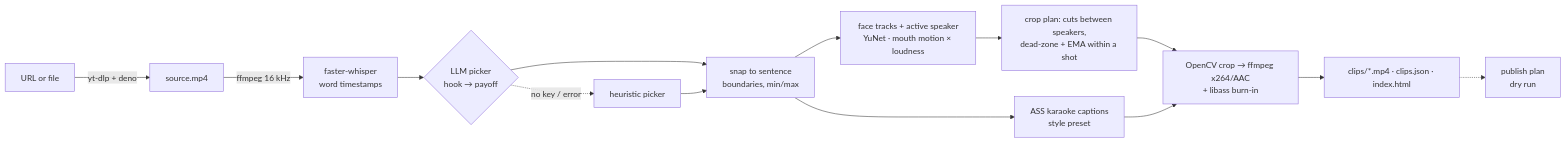
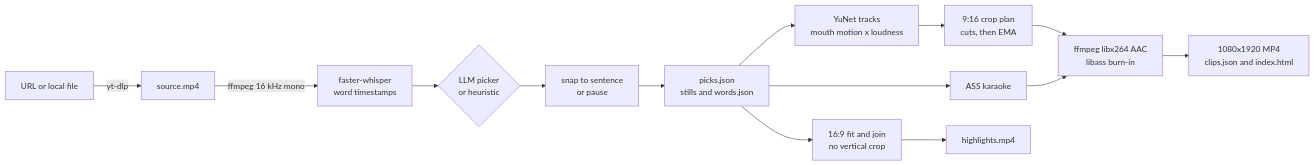
Before and after one commit to mojomast/hermes-shortrizz: the diagram in README.md, drawn with Mermaid. The commit also changed other lines of this file, not shown here.

````diff
--- a/README.md
+++ b/README.md
@@ -281,16 +193,16 @@
 ```mermaid
 flowchart LR
-  A[URL or file] -->|yt-dlp + deno| B[source.mp4]
-  B -->|ffmpeg 16 kHz| C[faster-whisper<br/>word timestamps]
-  C --> D{LLM picker<br/>hook → payoff}
-  D -. no key / error .-> H[heuristic picker]
-  D --> E[snap to sentence<br/>boundaries, min/max]
-  H --> E
-  E --> F[face tracks + active speaker<br/>YuNet · mouth motion × loudness]
-  F --> G[crop plan: cuts between speakers,<br/>dead-zone + EMA within a shot]
-  E --> K[ASS karaoke captions<br/>style preset]
-  G --> R[OpenCV crop → ffmpeg x264/AAC<br/>+ libass burn-in]
+  A[URL or local file] -->|yt-dlp| B[source.mp4]
+  B -->|ffmpeg 16 kHz mono| C[faster-whisper<br/>word timestamps]
+  C --> D{LLM picker<br/>or heuristic}
+  D --> E[snap to sentence<br/>or pause]
+  E --> P[picks.json<br/>stills and words.json]
+  P --> F[YuNet tracks<br/>mouth motion x loudness]
+  F --> G[9:16 crop plan<br/>cuts, then EMA]
+  P --> K[ASS karaoke]
+  G --> R[ffmpeg libx264 AAC<br/>libass burn-in]
   K --> R
-  R --> O[clips/*.mp4 · clips.json · index.html]
-  O -.-> P[publish plan<br/>dry run]
+  R --> O[1080x1920 MP4<br/>clips.json and index.html]
+  P --> H[16:9 fit and join<br/>no vertical crop]
+  H --> Q[highlights.mp4]
 ```
````
